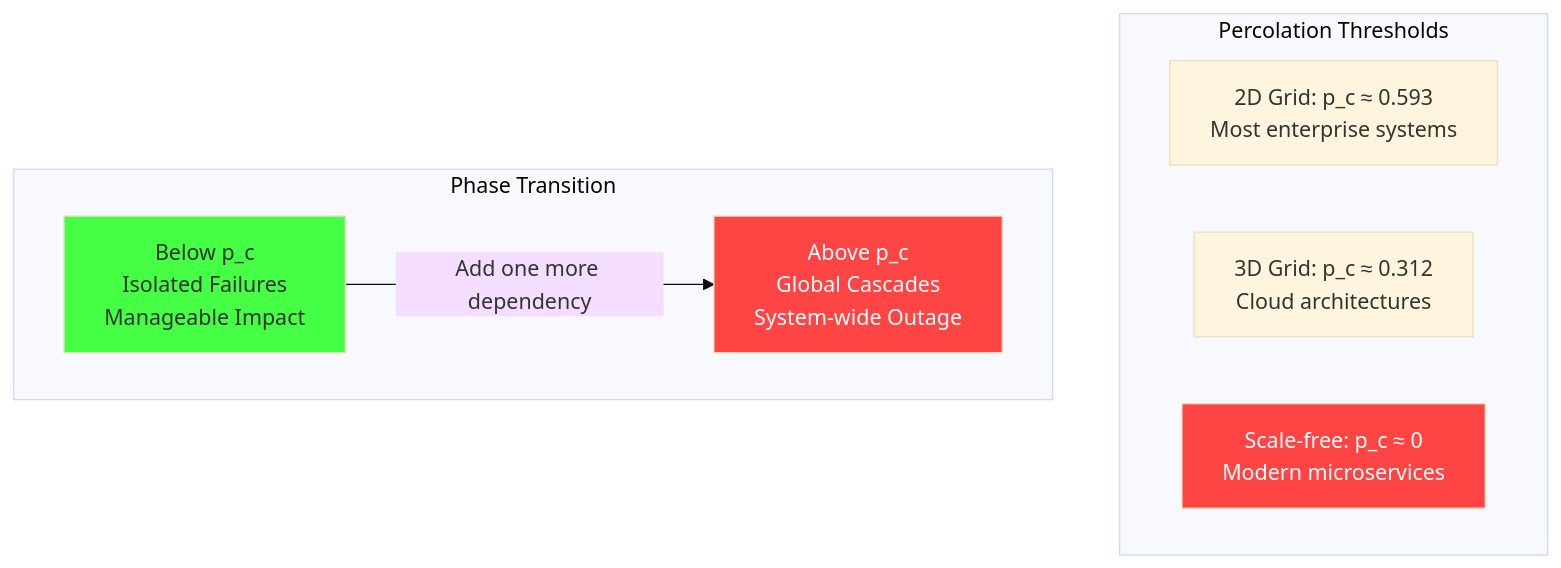
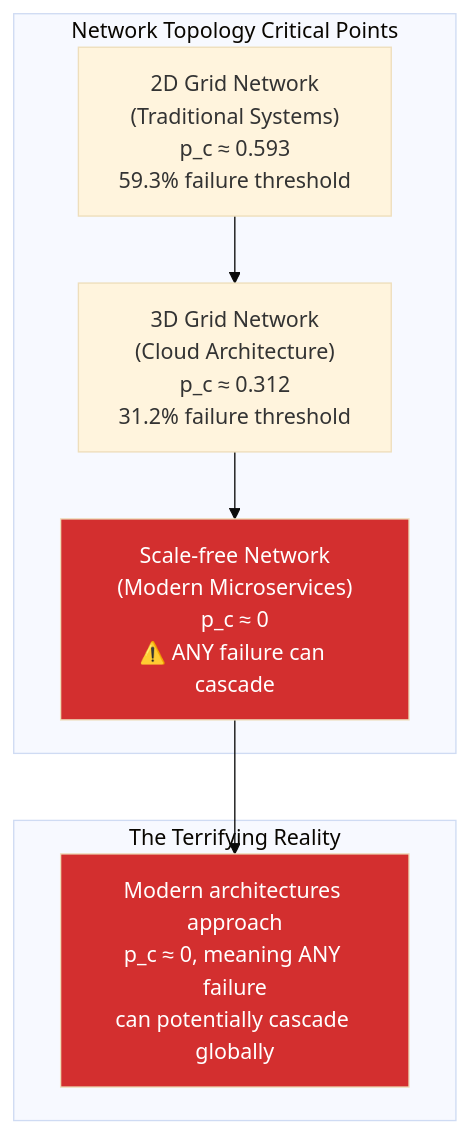
Before and after one commit to deepaucksharma/DStudio: the fourth of 6 diagrams in docs/core-principles/laws/correlated-failure.md, drawn with Mermaid (base theme). The commit also changed other lines of this file and 112 other files, not shown here.

````diff
--- a/docs/core-principles/laws/correlated-failure.md
+++ b/docs/core-principles/laws/correlated-failure.md
@@ -170,20 +300,17 @@
 ```mermaid
 graph TB
-    subgraph "Percolation Thresholds"
-        T1[2D Grid: p_c ≈ 0.593<br/>Most enterprise systems]
-        T2[3D Grid: p_c ≈ 0.312<br/>Cloud architectures]  
-        T3[Scale-free: p_c ≈ 0<br/>Modern microservices]
-        
-        style T3 fill:#ff4444,color:#fff
+    subgraph "Network Topology Critical Points"
+        GRID2D["2D Grid Network<br/>(Traditional Systems)<br/>p_c ≈ 0.593<br/>59.3% failure threshold"]
+        GRID3D["3D Grid Network<br/>(Cloud Architecture)<br/>p_c ≈ 0.312<br/>31.2% failure threshold"]
+        SCALE["Scale-free Network<br/>(Modern Microservices)<br/>p_c ≈ 0<br/>⚠️ ANY failure can cascade"]
     end
     
-    subgraph "Phase Transition"
-        BELOW[Below p_c<br/>Isolated Failures<br/>Manageable Impact]
-        ABOVE[Above p_c<br/>Global Cascades<br/>System-wide Outage]
-        
-        BELOW --> |"Add one more dependency"| ABOVE
-        
-        style BELOW fill:#44ff44
-        style ABOVE fill:#ff4444,color:#fff
+    subgraph "The Terrifying Reality"
+        MODERN["Modern architectures approach<br/>p_c ≈ 0, meaning ANY failure<br/>can potentially cascade globally"]
     end
+    
+    GRID2D --> GRID3D --> SCALE --> MODERN
+    
+    style SCALE fill:#d32f2f,color:#fff
+    style MODERN fill:#d32f2f,color:#fff
 ```
````
